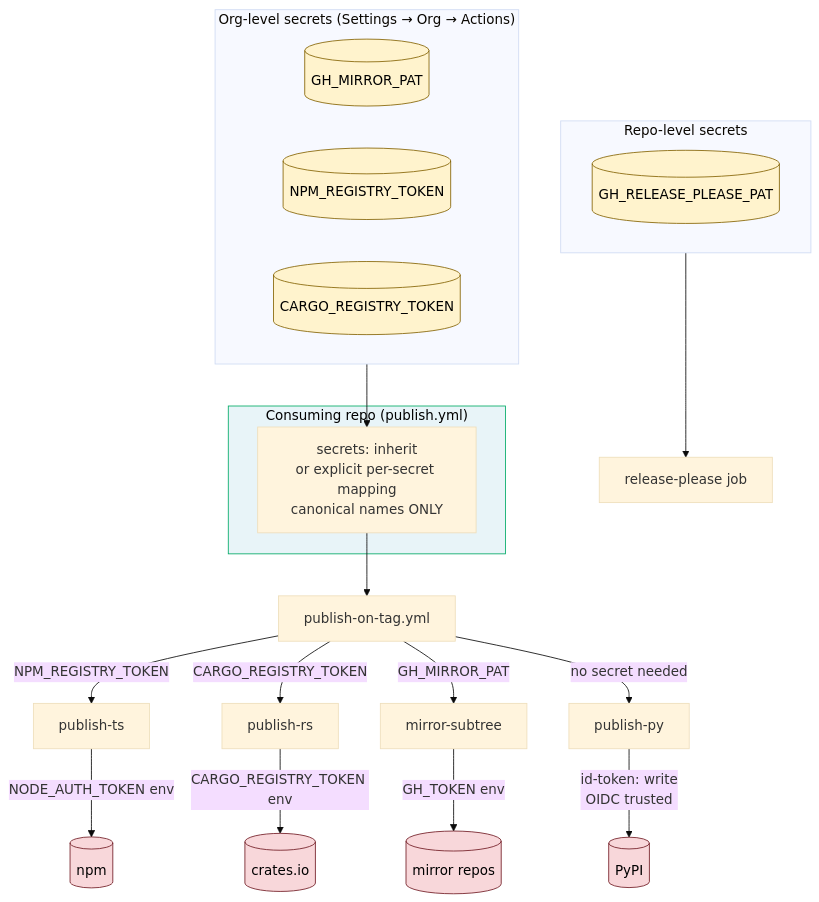
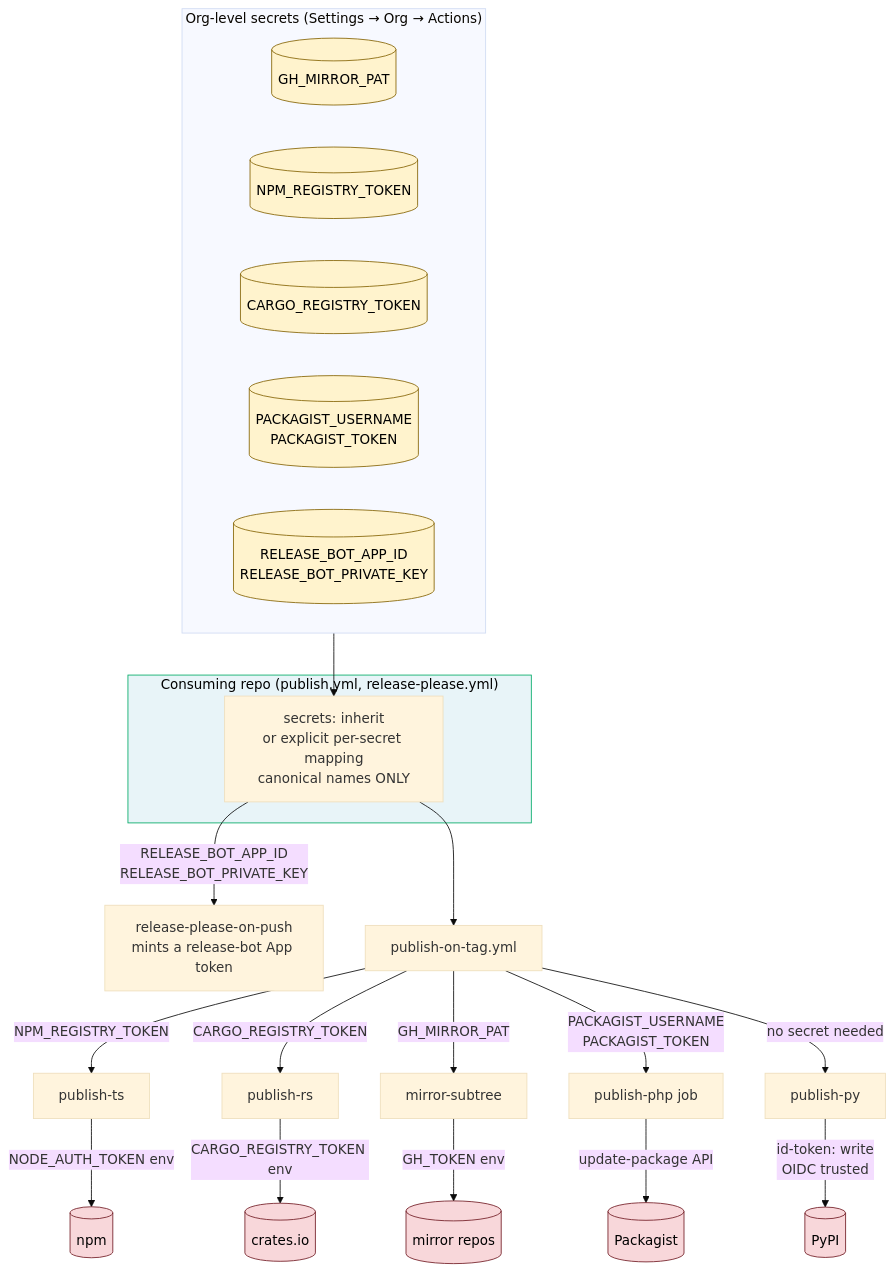
The diagram in docs/diagrams/secret-flow.mmd (hop-top/.github), drawn with Mermaid (base theme) before and after one commit. The commit also changed 4 other files, not shown here.

First line of the commit message:
docs(architecture): publish-php, release-bot secrets, @v0, serial mirror

```diff
--- a/docs/diagrams/secret-flow.mmd
+++ b/docs/diagrams/secret-flow.mmd
@@ -1,36 +1,36 @@
 flowchart TB
     subgraph OrgLevel ["Org-level secrets (Settings → Org → Actions)"]
         GH_MIRROR_PAT[(GH_MIRROR_PAT)]
         NPM_REGISTRY_TOKEN[(NPM_REGISTRY_TOKEN)]
         CARGO[(CARGO_REGISTRY_TOKEN)]
+        PACKAGIST_SECRETS[(PACKAGIST_USERNAME<br/>PACKAGIST_TOKEN)]
+        RELEASE_BOT[(RELEASE_BOT_APP_ID<br/>RELEASE_BOT_PRIVATE_KEY)]
     end
 
-    subgraph RepoLevel ["Repo-level secrets"]
-        GH_RP_PAT[(GH_RELEASE_PLEASE_PAT)]
-    end
-
-    subgraph ConsumerRepo ["Consuming repo (publish.yml)"]
+    subgraph ConsumerRepo ["Consuming repo (publish.yml, release-please.yml)"]
         Inherit[secrets: inherit<br/>or explicit per-secret mapping<br/>canonical names ONLY]
     end
 
     OrgLevel --> Inherit
-    RepoLevel --> ReleasePleaseJob[release-please job]
 
+    Inherit -->|RELEASE_BOT_APP_ID<br/>RELEASE_BOT_PRIVATE_KEY| ReleasePleaseJob[release-please-on-push<br/>mints a release-bot App token]
     Inherit --> Router[publish-on-tag.yml]
 
     Router -->|NPM_REGISTRY_TOKEN| PubTS[publish-ts]
     Router -->|CARGO_REGISTRY_TOKEN| PubRS[publish-rs]
     Router -->|GH_MIRROR_PAT| Mirror[mirror-subtree]
+    Router -->|PACKAGIST_USERNAME<br/>PACKAGIST_TOKEN| PubPHP[publish-php job]
     Router -->|no secret needed| PubPY[publish-py]
 
     PubTS -->|NODE_AUTH_TOKEN env| NPM[(npm)]
     PubRS -->|CARGO_REGISTRY_TOKEN env| Crates[(crates.io)]
     Mirror -->|GH_TOKEN env| Targets[(mirror repos)]
+    PubPHP -->|update-package API| PackagistReg[(Packagist)]
     PubPY -->|id-token: write<br/>OIDC trusted| PyPI[(PyPI)]
 
     classDef secret fill:#fff3cd,stroke:#856404,color:#000
     classDef registry fill:#f8d7da,stroke:#721c24,color:#000
     classDef consumer fill:#e8f4f8,stroke:#0a6,color:#000
-    class GH_MIRROR_PAT,NPM_REGISTRY_TOKEN,CARGO,GH_RP_PAT secret
-    class NPM,Crates,Targets,PyPI registry
+    class GH_MIRROR_PAT,NPM_REGISTRY_TOKEN,CARGO,PACKAGIST_SECRETS,RELEASE_BOT secret
+    class NPM,Crates,Targets,PackagistReg,PyPI registry
     class ConsumerRepo consumer
```
